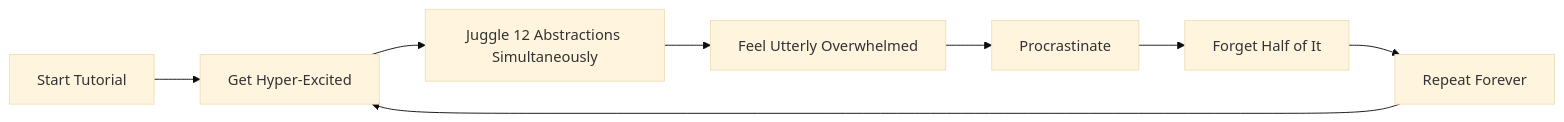
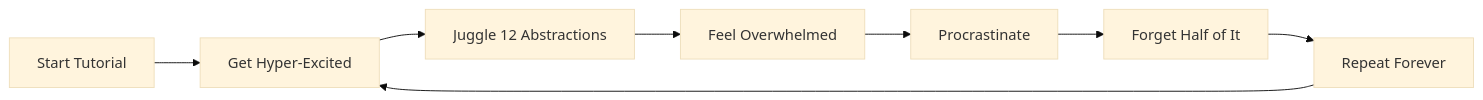
One commit to seanwhs/Plans changed the diagram in My-Process-was-Buggy.md. Above: the diagram before and after it, drawn with Mermaid (base theme). The commit also changed other lines of this file, not shown here.

````diff
--- a/My-Process-was-Buggy.md
+++ b/My-Process-was-Buggy.md
@@ -27,9 +26,10 @@
 ```mermaid
 flowchart LR
-    A[Start Tutorial] --> B[Get Hyper-Excited] --> C[Juggle 12 Abstractions Simultaneously]
-    C --> D[Feel Utterly Overwhelmed]
+    A[Start Tutorial] --> B[Get Hyper-Excited] --> C[Juggle 12 Abstractions]
+    C --> D[Feel Overwhelmed]
     D --> E[Procrastinate]
     E --> F[Forget Half of It]
     F --> G[Repeat Forever]
     G --> B
+
 ```
````
